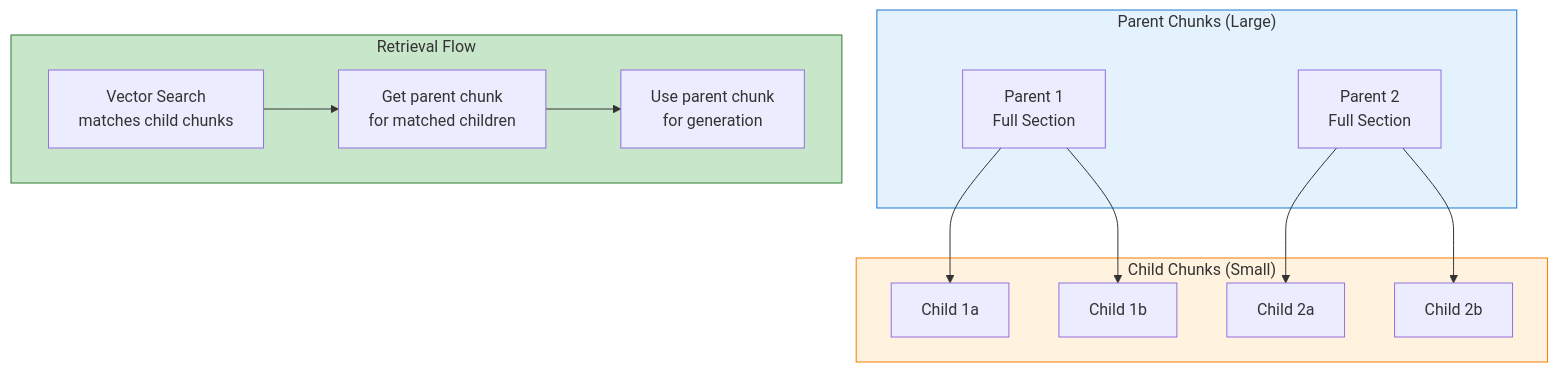
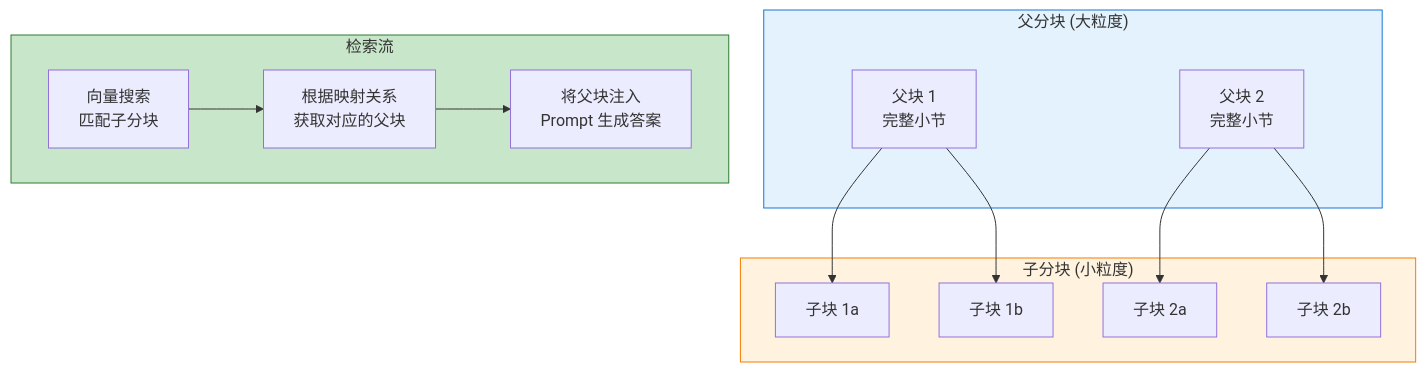
Before and after one commit to YiWang24/AiDIY: the fourth of 4 diagrams in i18n/zh-Hans/docusaurus-plugin-content-docs/current/ai/rag/02-data-processing.mdx, drawn with Mermaid. The commit also changed other lines of this file and 59 other files, not shown here.

````diff
--- a/i18n/zh-Hans/docusaurus-plugin-content-docs/current/ai/rag/02-data-processing.mdx
+++ b/i18n/zh-Hans/docusaurus-plugin-content-docs/current/ai/rag/02-data-processing.mdx
@@ -400,29 +393,29 @@
 ```mermaid
 flowchart TB
-    subgraph Parent["Parent Chunks (Large)"]
-        P1["Parent 1<br/>Full Section"]
-        P2["Parent 2<br/>Full Section"]
+    subgraph Parent["父分块 (大粒度)"]
+        P1["父块 1<br/>完整小节"]
+        P2["父块 2<br/>完整小节"]
     end
 
-    subgraph Children["Child Chunks (Small)"]
-        C1["Child 1a"]
-        C2["Child 1b"]
-        C3["Child 2a"]
-        C4["Child 2b"]
+    subgraph Children["子分块 (小粒度)"]
+        C1["子块 1a"]
+        C2["子块 1b"]
+        C3["子块 2a"]
+        C4["子块 2b"]
     end
 
     P1 --> C1
     P1 --> C2
     P2 --> C3
     P2 --> C4
 
-    subgraph Retrieval["Retrieval Flow"]
-        R1["Vector Search<br/>matches child chunks"]
-        R1 --> R2["Get parent chunk<br/>for matched children"]
-        R2 --> R3["Use parent chunk<br/>for generation"]
+    subgraph Retrieval["检索流"]
+        R1["向量搜索<br/>匹配子分块"]
+        R1 --> R2["根据映射关系<br/>获取对应的父块"]
+        R2 --> R3["将父块注入<br/>Prompt 生成答案"]
     end
 
     style Parent fill:#e3f2fd,stroke:#1976d2
     style Children fill:#fff3e0,stroke:#f57c00
     style Retrieval fill:#c8e6c9,stroke:#2e7d32
 ```
````
